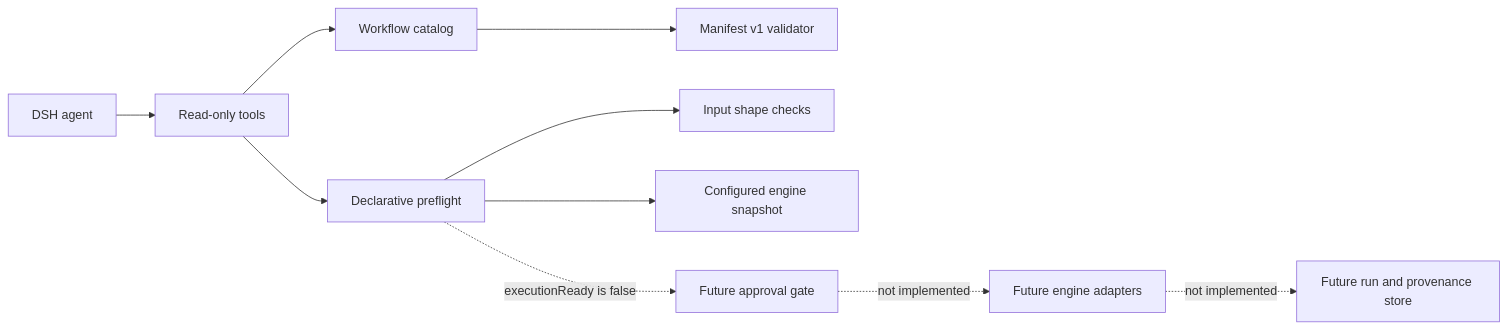
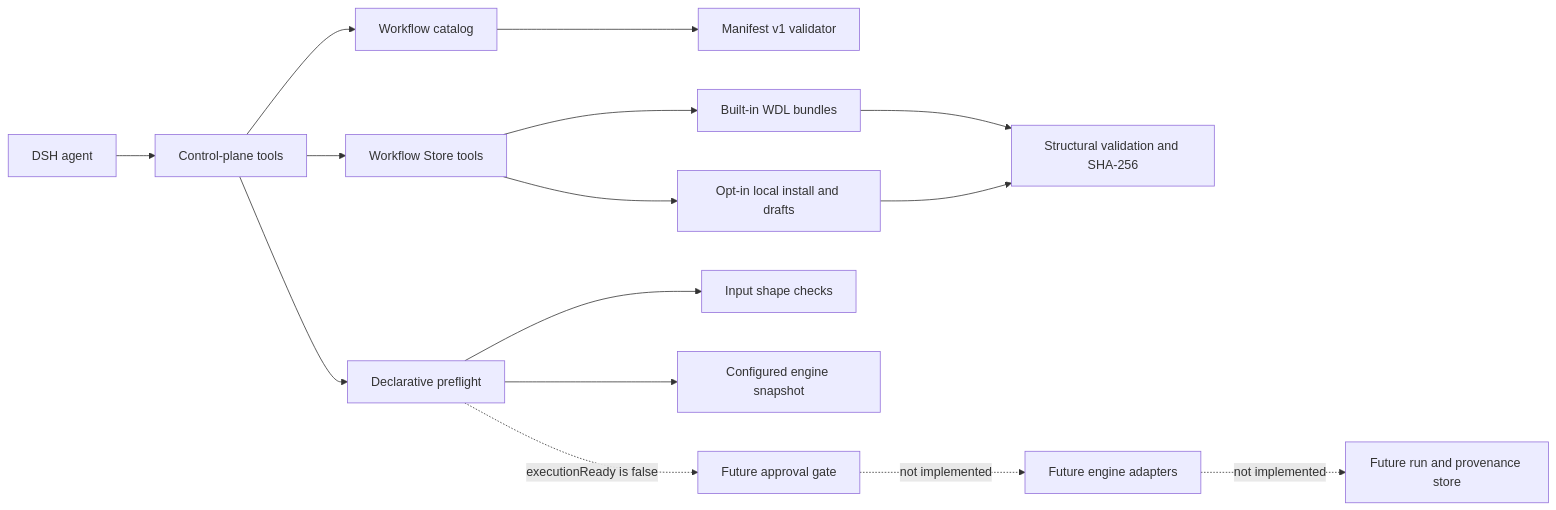
Before and after one commit to qzhqzh/dsh-bio-workflows: the diagram in docs/design-and-status.md, drawn with Mermaid. The commit also changed other lines of this file and 32 other files, not shown here.

Commit message:
feat: add WDL workflow store foundation

````diff
--- a/docs/design-and-status.md
+++ b/docs/design-and-status.md
@@ -21,12 +24,17 @@
 ```mermaid
 flowchart LR
-  A[DSH agent] --> B[Read-only tools]
+  A[DSH agent] --> B[Control-plane tools]
   B --> C[Workflow catalog]
   C --> D[Manifest v1 validator]
+  B --> K[Workflow Store tools]
+  K --> L[Built-in WDL bundles]
+  K --> M[Opt-in local install and drafts]
+  L --> N[Structural validation and SHA-256]
+  M --> N
   B --> E[Declarative preflight]
   E --> F[Input shape checks]
   E --> G[Configured engine snapshot]
   E -. executionReady is false .-> H[Future approval gate]
   H -. not implemented .-> I[Future engine adapters]
   I -. not implemented .-> J[Future run and provenance store]
 ```
````
